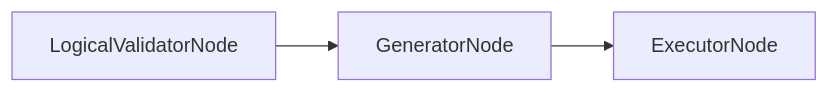
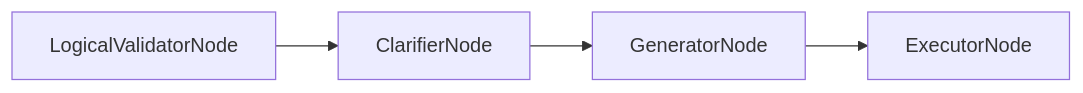
The diagram in docs/architecture/nodes/generator_node.md (nadeem4/nl2sql), drawn with Mermaid before and after one commit. The commit also changed other lines of this file and 29 other files, not shown here.

````diff
--- a/docs/architecture/nodes/generator_node.md
+++ b/docs/architecture/nodes/generator_node.md
@@ -32,4 +32,4 @@
 ```mermaid
 flowchart LR
-    Validator[LogicalValidatorNode] --> Generator[GeneratorNode] --> Executor[ExecutorNode]
+    Validator[LogicalValidatorNode] --> Clarifier[ClarifierNode] --> Generator[GeneratorNode] --> Executor[ExecutorNode]
 ```
````
